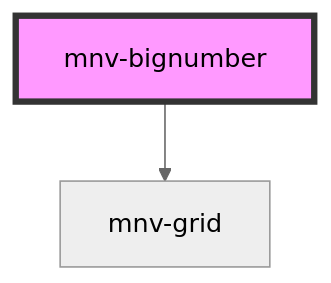
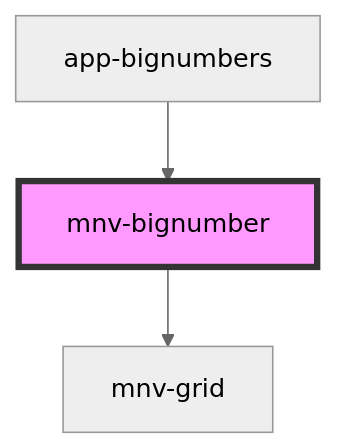
Before and after one commit to rafaela-vairo/ufrj-sustainable: the diagram in src/components/layout/mnv-bignumber/readme.md, drawn with Mermaid (neutral theme). The commit also changed other lines of this file and 25 other files, not shown here.

````diff
--- a/src/components/layout/mnv-bignumber/readme.md
+++ b/src/components/layout/mnv-bignumber/readme.md
@@ -15,5 +19,6 @@
 ```mermaid
 graph TD;
   mnv-bignumber --> mnv-grid
+  app-bignumbers --> mnv-bignumber
   style mnv-bignumber fill:#f9f,stroke:#333,stroke-width:4px
 ```
````
